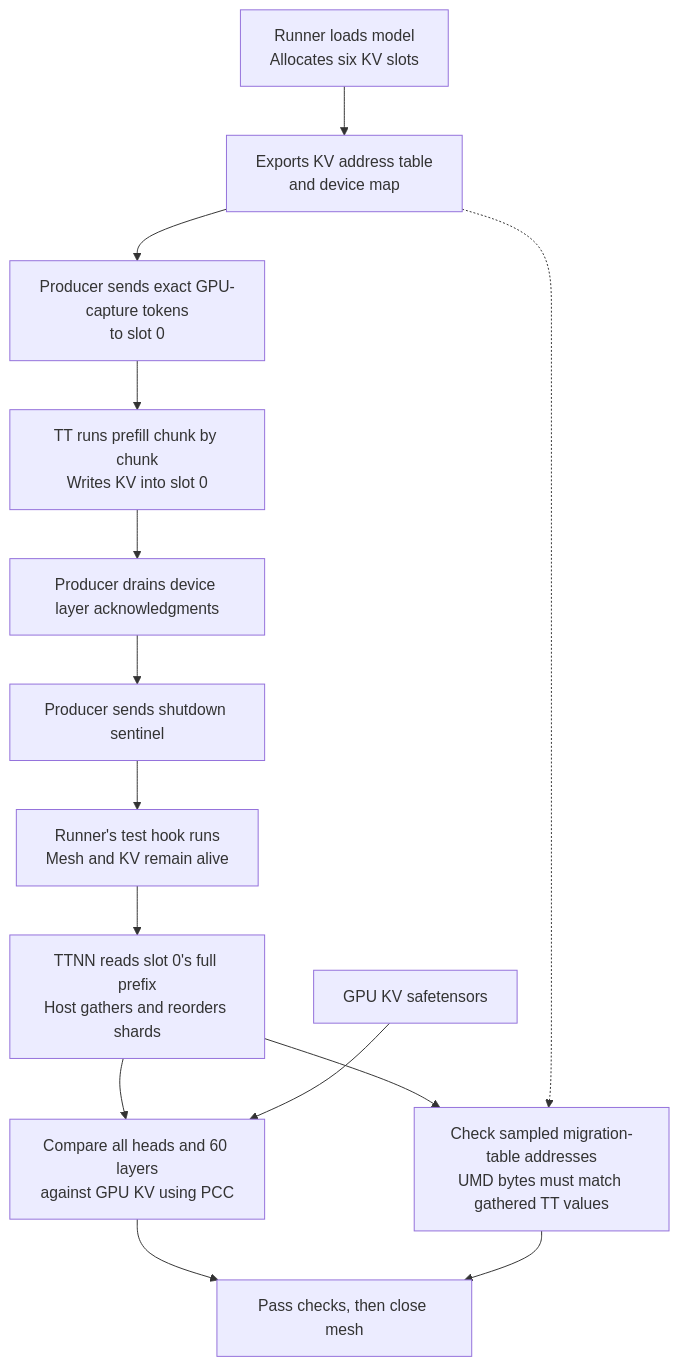
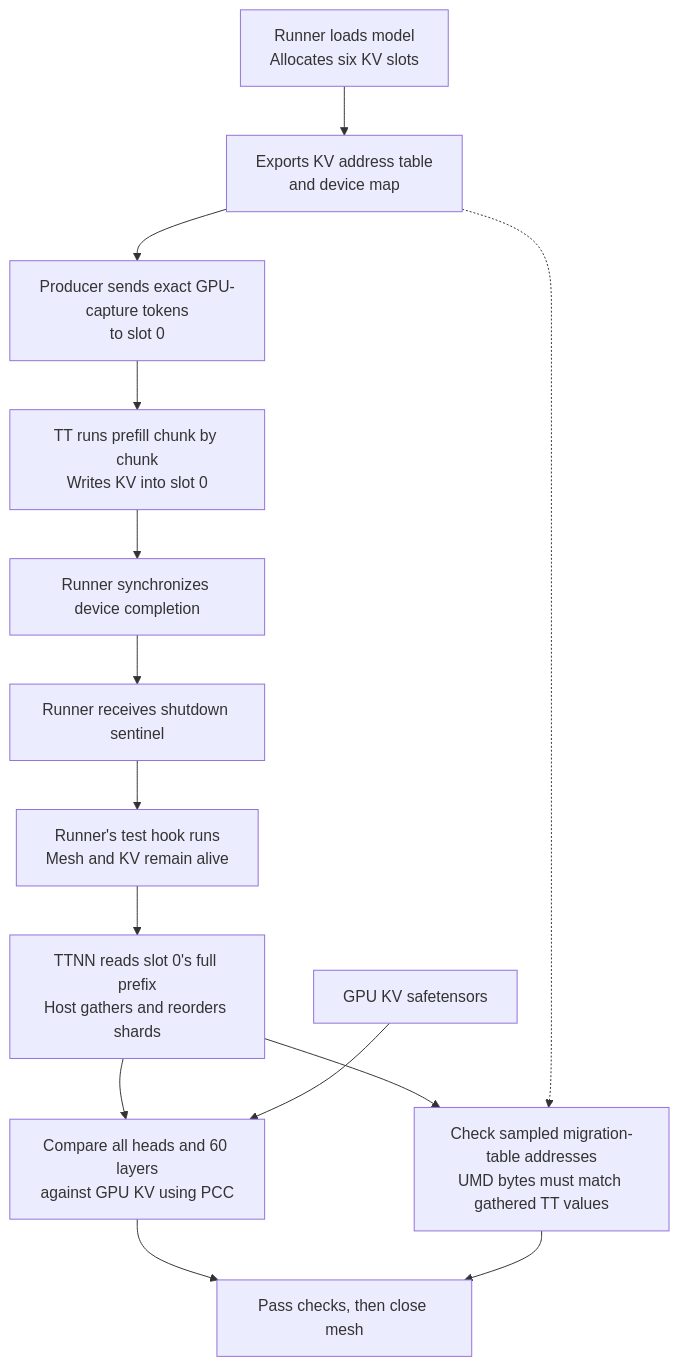
One commit to tenstorrent/tt-metal changed the first of 2 diagrams in models/demos/gemma4_d_p/PREFILL_TEST_FLOWS.md. Above: the diagram before and after it, drawn with Mermaid. The commit also changed other lines of this file and 4 other files, not shown here.

````diff
--- a/models/demos/gemma4_d_p/PREFILL_TEST_FLOWS.md
+++ b/models/demos/gemma4_d_p/PREFILL_TEST_FLOWS.md
@@ -105,19 +105,19 @@
 ```mermaid
 flowchart TD
     R["Runner loads model<br/>Allocates six KV slots"] --> T["Exports KV address table<br/>and device map"]
     T --> P["Producer sends exact GPU-capture tokens<br/>to slot 0"]
     P --> F["TT runs prefill chunk by chunk<br/>Writes KV into slot 0"]
-    F --> A["Producer drains device layer acknowledgments"]
-    A --> S["Producer sends shutdown sentinel"]
+    F --> A["Runner synchronizes device completion"]
+    A --> S["Runner receives shutdown sentinel"]
     S --> H["Runner's test hook runs<br/>Mesh and KV remain alive"]
 
     H --> Q["TTNN reads slot 0's full prefix<br/>Host gathers and reorders shards"]
     Q --> C["Compare all heads and 60 layers<br/>against GPU KV using PCC"]
     G["GPU KV safetensors"] --> C
 
     Q --> V["Check sampled migration-table addresses<br/>UMD bytes must match gathered TT values"]
     T -.-> V
 
     C --> D["Pass checks, then close mesh"]
     V --> D
 ```
````
